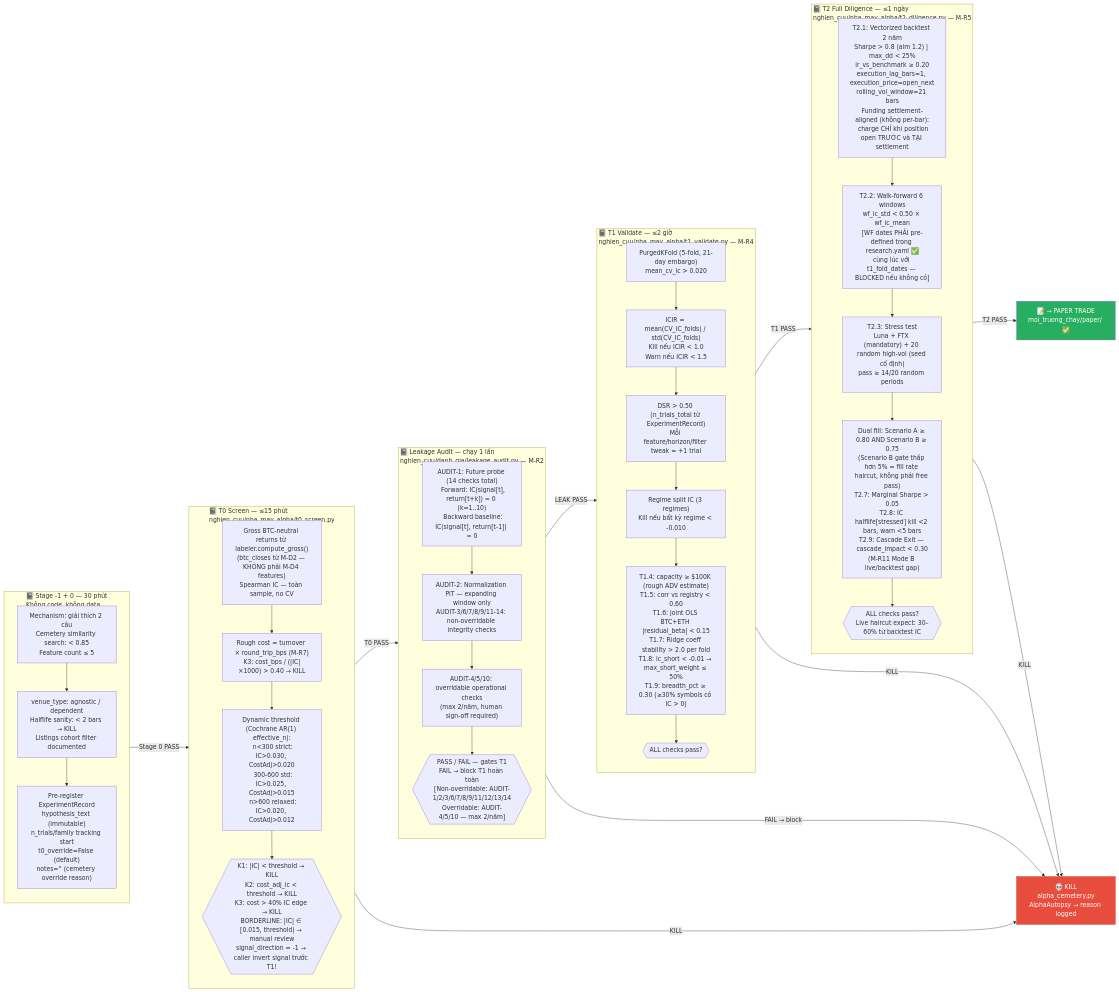
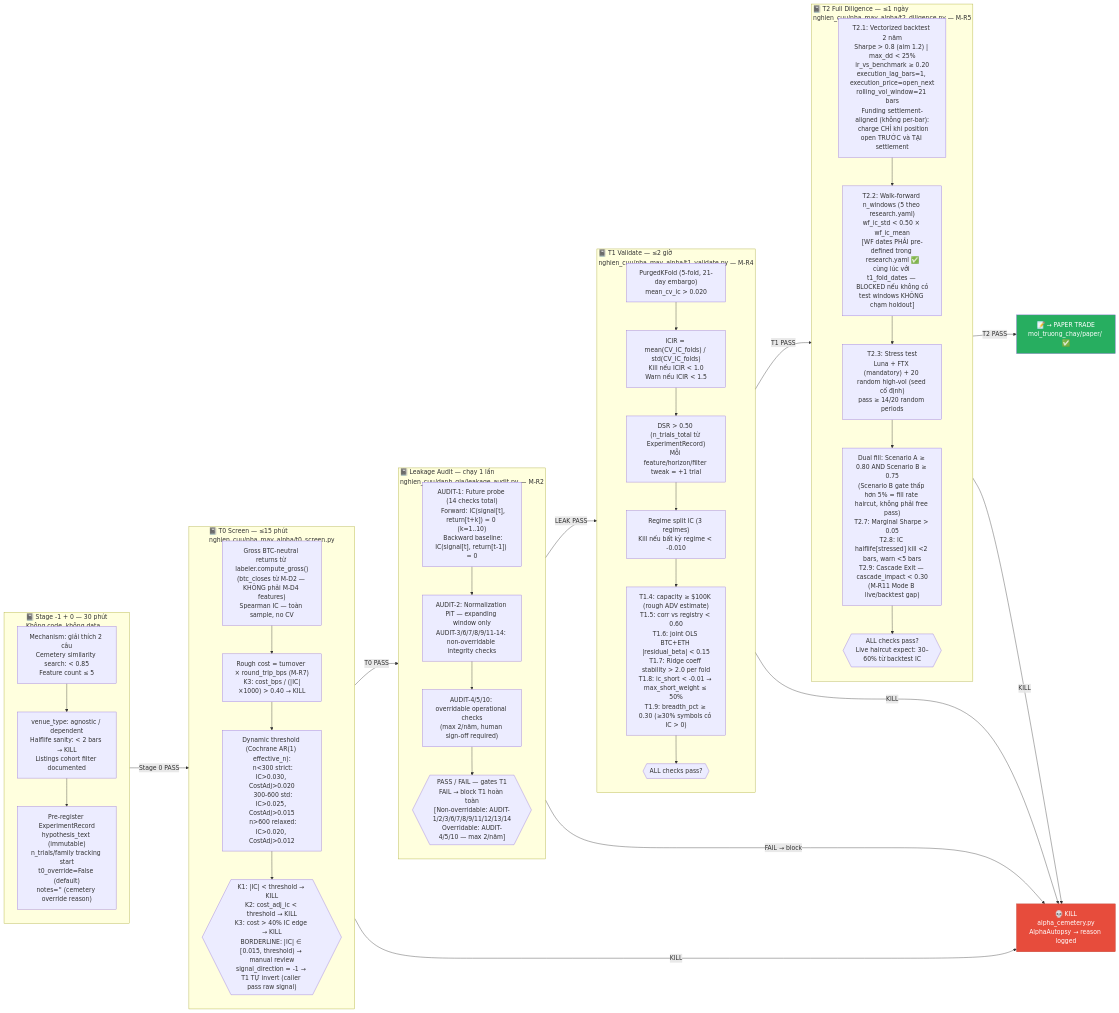
One commit to PVinh-Quant/Kairos-v3 changed the second of 13 diagrams in data_flow_diagrams.md. Above: the diagram before and after it, drawn with Mermaid. The commit also changed other lines of this file and 1 other file, not shown here.

First line of the commit message:
Refine data flow diagrams in documentation

````diff
--- a/data_flow_diagrams.md
+++ b/data_flow_diagrams.md
@@ -140,65 +140,65 @@
 ```mermaid
 flowchart LR
     subgraph NB_STAGE0["📓 Stage -1 + 0 — 30 phút\nKhông code, không data"]
         direction TB
         S0_1["Mechanism: giải thích 2 câu\nCemetery similarity search: < 0.85\nFeature count ≤ 5"]
         S0_2["venue_type: agnostic / dependent\nHalflife sanity: < 2 bars → KILL\nListings cohort filter documented"]
         S0_3["Pre-register ExperimentRecord\nhypothesis_text (immutable)\nn_trials/family tracking start\nt0_override=False (default)\nnotes='' (cemetery override reason)"]
         S0_1 --> S0_2 --> S0_3
     end
 
     subgraph NB_T0["📓 T0 Screen — ≤15 phút\nnghien_cuu/nha_may_alpha/t0_screen.py"]
         direction TB
         T0_1["Gross BTC-neutral returns từ labeler.compute_gross()\n(btc_closes từ M-D2 — KHÔNG phải M-D4 features)\nSpearman IC — toàn sample, no CV"]
         T0_2["Rough cost = turnover × round_trip_bps (M-R7)\nK3: cost_bps / (|IC|×1000) > 0.40 → KILL"]
         T0_3["Dynamic threshold (Cochrane AR(1) effective_n):\n  n<300 strict: IC>0.030, CostAdj>0.020\n  300-600 std: IC>0.025, CostAdj>0.015\n  n>600 relaxed: IC>0.020, CostAdj>0.012"]
-        T0_4{{"K1: |IC| < threshold → KILL\nK2: cost_adj_ic < threshold → KILL\nK3: cost > 40% IC edge → KILL\nBORDERLINE: |IC| ∈ [0.015, threshold) → manual review\nsignal_direction = -1 → caller invert signal trước T1!"}}
+        T0_4{{"K1: |IC| < threshold → KILL\nK2: cost_adj_ic < threshold → KILL\nK3: cost > 40% IC edge → KILL\nBORDERLINE: |IC| ∈ [0.015, threshold) → manual review\nsignal_direction = -1 → T1 TỰ invert (caller pass raw signal)"}}
         T0_1 --> T0_2 --> T0_3 --> T0_4
     end
 
     subgraph NB_LEAK["📓 Leakage Audit — chạy 1 lần\nnghien_cuu/danh_gia/leakage_audit.py — M-R2"]
         direction TB
         L1["AUDIT-1: Future probe (14 checks total)\n  Forward: IC(signal[t], return[t+k]) ≈ 0 (k=1..10)\n  Backward baseline: IC(signal[t], return[t-1]) ≈ 0"]
         L2["AUDIT-2: Normalization PiT — expanding window only\nAUDIT-3/6/7/8/9/11-14: non-overridable integrity checks"]
         L3["AUDIT-4/5/10: overridable operational checks\n(max 2/năm, human sign-off required)"]
         L4{{"PASS / FAIL — gates T1\nFAIL → block T1 hoàn toàn\n[Non-overridable: AUDIT-1/2/3/6/7/8/9/11/12/13/14\nOverridable: AUDIT-4/5/10 — max 2/năm]"}}
         L1 --> L2 --> L3 --> L4
     end
 
     subgraph NB_T1["📓 T1 Validate — ≤2 giờ\nnghien_cuu/nha_may_alpha/t1_validate.py — M-R4"]
         direction TB
         T1_1["PurgedKFold (5-fold, 21-day embargo)\nmean_cv_ic > 0.020"]
         T1_1b["ICIR = mean(CV_IC_folds) / std(CV_IC_folds)\nKill nếu ICIR < 1.0\nWarn nếu ICIR < 1.5"]
         T1_2["DSR > 0.50 (n_trials_total từ ExperimentRecord)\nMỗi feature/horizon/filter tweak = +1 trial"]
         T1_3["Regime split IC (3 regimes)\nKill nếu bất kỳ regime < -0.010"]
         T1_4["T1.4: capacity ≥ $100K (rough ADV estimate)\nT1.5: corr vs registry < 0.60\nT1.6: joint OLS BTC+ETH |residual_beta| < 0.15\nT1.7: Ridge coeff stability > 2.0 per fold\nT1.8: ic_short < -0.01 → max_short_weight ≤ 50%\nT1.9: breadth_pct ≥ 0.30 (≥30% symbols có IC > 0)"]
         T1_5{{"ALL checks pass?"}}
         T1_1 --> T1_1b --> T1_2 --> T1_3 --> T1_4 --> T1_5
     end
 
     subgraph NB_T2["📓 T2 Full Diligence — ≤1 ngày\nnghien_cuu/nha_may_alpha/t2_diligence.py — M-R5"]
         direction TB
         T2_1["T2.1: Vectorized backtest 2 năm\nSharpe > 0.8 (aim 1.2) | max_dd < 25%\nir_vs_benchmark ≥ 0.20\nexecution_lag_bars=1, execution_price=open_next\nrolling_vol_window=21 bars\nFunding settlement-aligned (không per-bar):\n  charge CHỈ khi position open TRƯỚC và TẠI settlement"]
-        T2_2["T2.2: Walk-forward 6 windows\nwf_ic_std < 0.50 × wf_ic_mean\n[WF dates PHẢI pre-defined trong research.yaml ✅\ncùng lúc với t1_fold_dates — BLOCKED nếu không có]"]
+        T2_2["T2.2: Walk-forward n_windows (5 theo research.yaml)\nwf_ic_std < 0.50 × wf_ic_mean\n[WF dates PHẢI pre-defined trong research.yaml ✅\ncùng lúc với t1_fold_dates — BLOCKED nếu không có\ntest windows KHÔNG chạm holdout]"]
         T2_3["T2.3: Stress test\nLuna + FTX (mandatory) + 20 random high-vol (seed cố định)\npass ≥ 14/20 random periods"]
         T2_4["Dual fill: Scenario A ≥ 0.80 AND Scenario B ≥ 0.75\n(Scenario B gate thấp hơn 5% = fill rate haircut, không phải free pass)\nT2.7: Marginal Sharpe > 0.05\nT2.8: IC halflife[stressed] kill <2 bars, warn <5 bars\nT2.9: Cascade Exit — cascade_impact < 0.30\n(M-R11 Mode B live/backtest gap)"]
         T2_5{{"ALL checks pass?\nLive haircut expect: 30–60% từ backtest IC"}}
         T2_1 --> T2_2 --> T2_3 --> T2_4 --> T2_5
     end
 
     KILL["💀 KILL\nalpha_cemetery.py\nAlphaAutopsy → reason logged"]
     PAPER_GO["📝 → PAPER TRADE\nmoi_truong_chay/paper/ ✅"]
 
     NB_STAGE0 -->|"Stage 0 PASS"| NB_T0
     NB_T0 -->|"T0 PASS"| NB_LEAK
     NB_T0 -->|"KILL"| KILL
     NB_LEAK -->|"LEAK PASS"| NB_T1
     NB_LEAK -->|"FAIL → block"| KILL
     NB_T1 -->|"T1 PASS"| NB_T2
     NB_T1 -->|"KILL"| KILL
     NB_T2 -->|"T2 PASS"| PAPER_GO
     NB_T2 -->|"KILL"| KILL
 
     style KILL fill:#e74c3c,stroke:#c0392b,color:#fff
     style PAPER_GO fill:#27ae60,color:#fff
 ```
````
